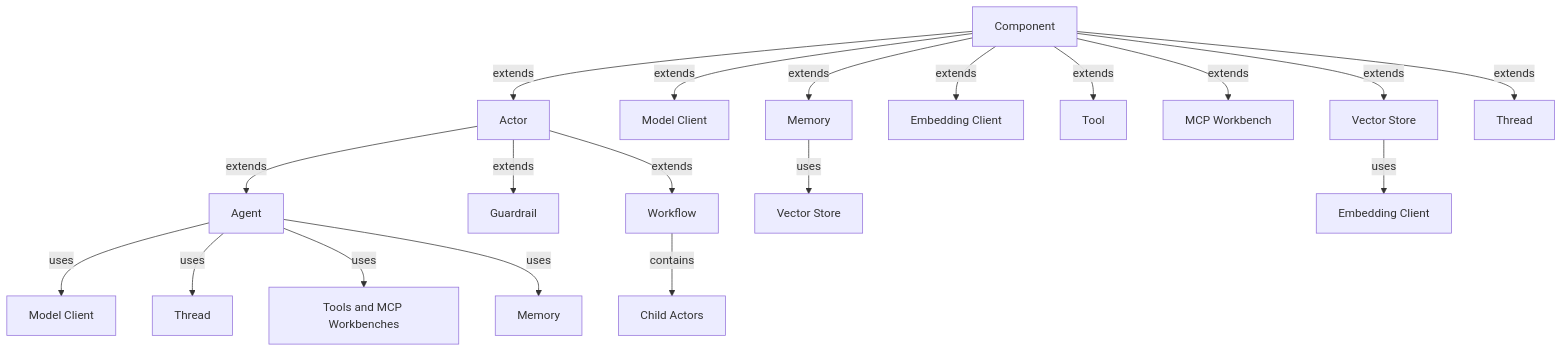
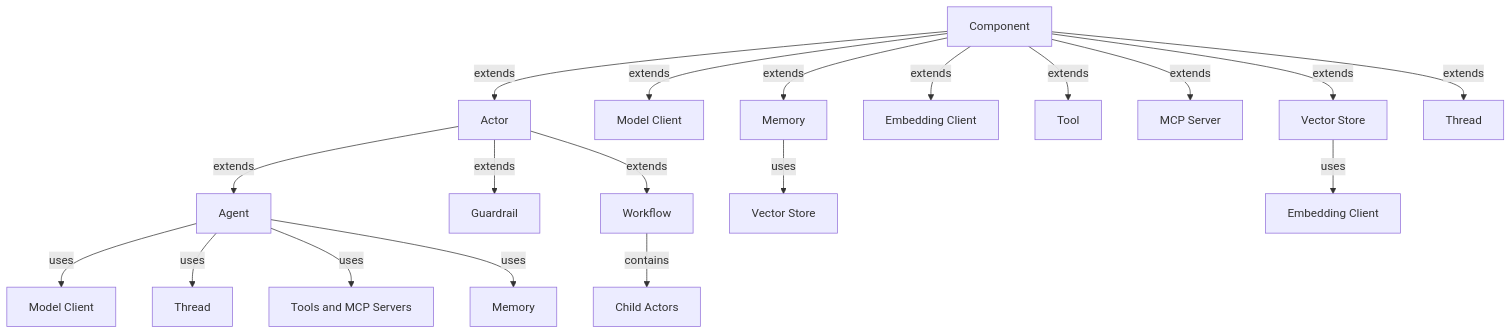
One commit to microsoft/agent-framework changed the diagram in docs/design/main.md. Above: the diagram before and after it, drawn with Mermaid. The commit also changed other lines of this file, not shown here.

````diff
--- a/docs/design/main.md
+++ b/docs/design/main.md
@@ -73,25 +73,25 @@
 ```mermaid
 graph TD
     Component[Component] --> |extends| Actor[Actor]
     Actor --> |extends| Agent[Agent]
     Actor --> |extends| Guardrail[Guardrail]
     Actor --> |extends| Workflow[Workflow]
     
     Component --> |extends| ModelClient[Model Client]
     Component --> |extends| VectorStore[Vector Store]
     Component --> |extends| EmbeddingClient[Embedding Client]
     Component --> |extends| Tool[Tool]
-    Component --> |extends| MCPWorkbench[MCP Workbench]
+    Component --> |extends| MCPServer[MCP Server]
     Component --> |extends| Memory[Memory]
     Component --> |extends| Thread[Thread]
     
     Agent --> |uses| uses1[Model Client]
     Agent --> |uses| uses2[Thread]
-    Agent --> |uses| uses3[Tools and MCP Workbenches]
+    Agent --> |uses| uses3[Tools and MCP Servers]
     Agent --> |uses| uses4[Memory]
     
     Workflow --> |contains| contains[Child Actors]
 
     Memory --> |uses| uses5[Vector Store]
     VectorStore --> |uses| uses6[Embedding Client]
 ```
````
